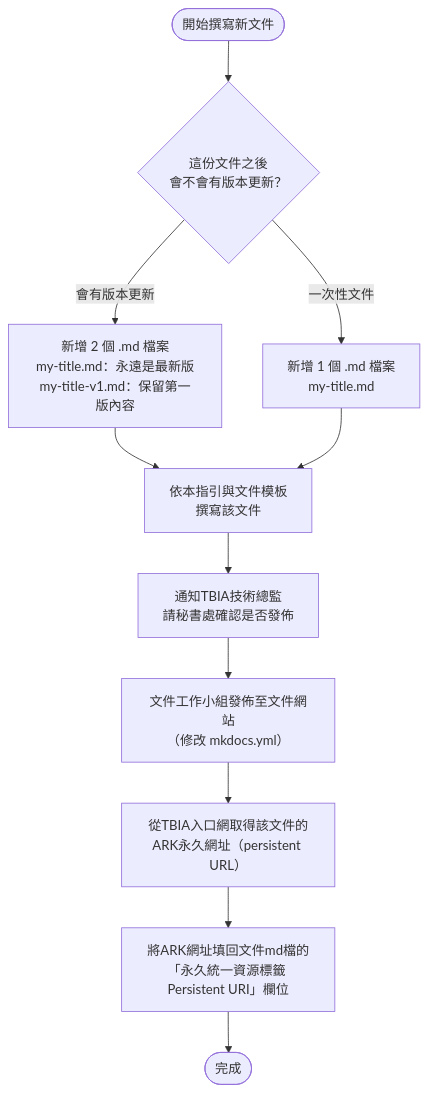
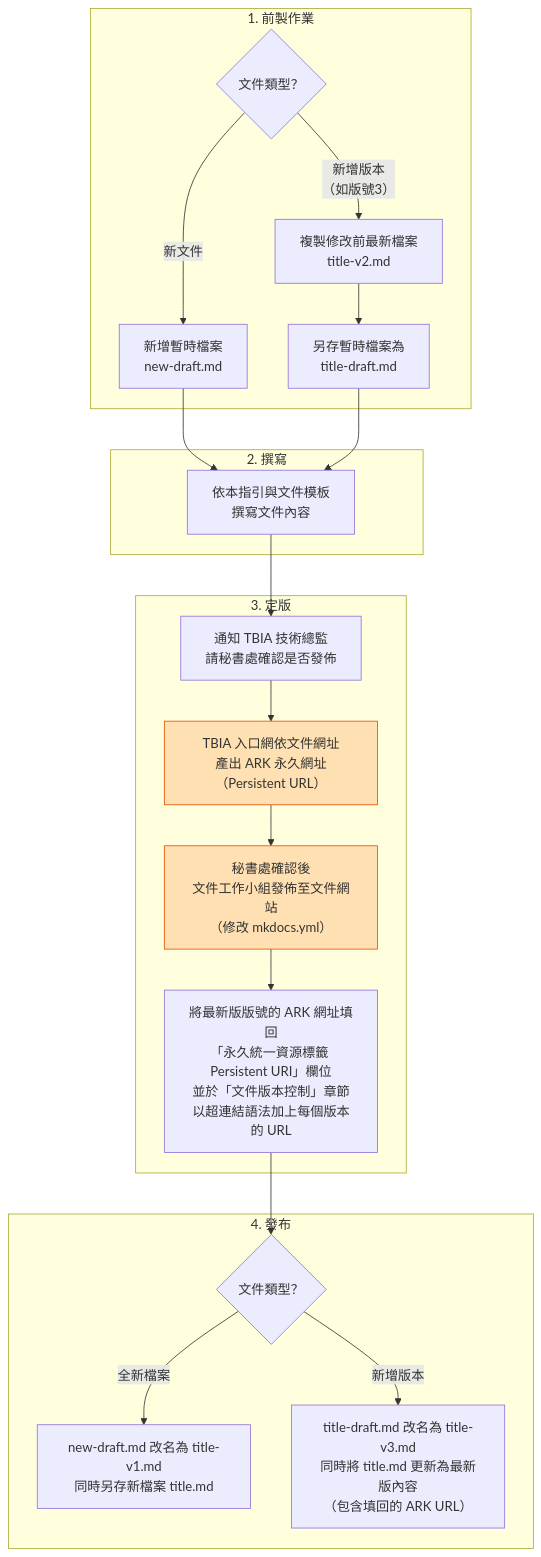
One commit to TBIA/docs changed the diagram in docs/document_guidelines-draft.md. Above: the diagram before and after it, drawn with Mermaid. The commit also changed other lines of this file, not shown here.

Commit message:
Add workflow flowchart with role-based coloring to guidelines draft
Mermaid diagram covering the four document stages (前製作業、撰寫、
定版、發布); steps handled by the TBIA secretariat/document working
group are highlighted in orange.

````diff
--- a/docs/document_guidelines-draft.md
+++ b/docs/document_guidelines-draft.md
@@ -50,13 +63,34 @@
 ```mermaid
 flowchart TD
-    A(["開始撰寫新文件"]) --> B{"這份文件之後<br/>會不會有版本更新？"}
-    B -- "會有版本更新" --> C["新增 2 個 .md 檔案<br/>my-title.md：永遠是最新版<br/>my-title-v1.md：保留第一版內容"]
-    B -- "一次性文件" --> D["新增 1 個 .md 檔案<br/>my-title.md"]
-    C --> E["依本指引與文件模板<br/>撰寫該文件"]
-    D --> E
-    E --> F["通知TBIA技術總監<br/>請秘書處確認是否發佈"]
-    F --> G["文件工作小組發佈至文件網站<br/>（修改 mkdocs.yml）"]
-    G --> H["從TBIA入口網取得該文件的<br/>ARK永久網址（persistent URL）"]
-    H --> I["將ARK網址填回文件md檔的<br/>「永久統一資源標籤 Persistent URI」欄位"]
-    I --> J(["完成"])
+    subgraph prep["1. 前製作業"]
+        A0{"文件類型？"}
+        A0 -- 新文件 --> A1["新增暫時檔案<br/>new-draft.md"]
+        A0 -- 新增版本<br/>（如版號3） --> A2["複製修改前最新檔案<br/>title-v2.md"] --> A3["另存暫時檔案為<br/>title-draft.md"]
+    end
+
+    A1 --> W1
+    A3 --> W1
+
+    subgraph write["2. 撰寫"]
+        W1["依本指引與文件模板<br/>撰寫文件內容"]
+    end
+
+    W1 --> F1
+
+    subgraph final["3. 定版"]
+        F1["通知 TBIA 技術總監<br/>請秘書處確認是否發佈"] --> F2["TBIA 入口網依文件網址<br/>產出 ARK 永久網址（Persistent URL）"]
+        F2 --> F3["秘書處確認後<br/>文件工作小組發佈至文件網站<br/>（修改 mkdocs.yml）"]
+        F3 --> F4["將最新版版號的 ARK 網址填回<br/>「永久統一資源標籤 Persistent URI」欄位<br/>並於「文件版本控制」章節<br/>以超連結語法加上每個版本的 URL"]
+    end
+
+    F4 --> P0
+
+    subgraph publish["4. 發布"]
+        P0{"文件類型？"}
+        P0 -- 全新檔案 --> P1["new-draft.md 改名為 title-v1.md<br/>同時另存新檔案 title.md"]
+        P0 -- 新增版本 --> P2["title-draft.md 改名為 title-v3.md<br/>同時將 title.md 更新為最新版內容<br/>（包含填回的 ARK URL）"]
+    end
+
+    classDef staff fill:#ffe0b2,stroke:#e65100,color:#333
+    class F2,F3 staff
 ```
````
